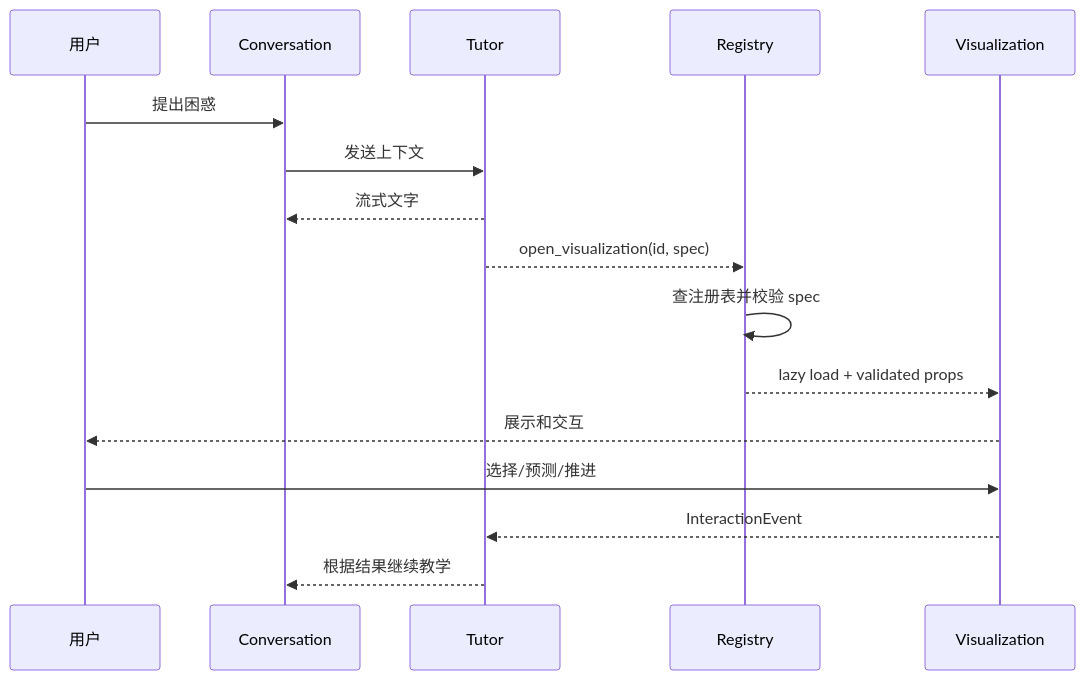
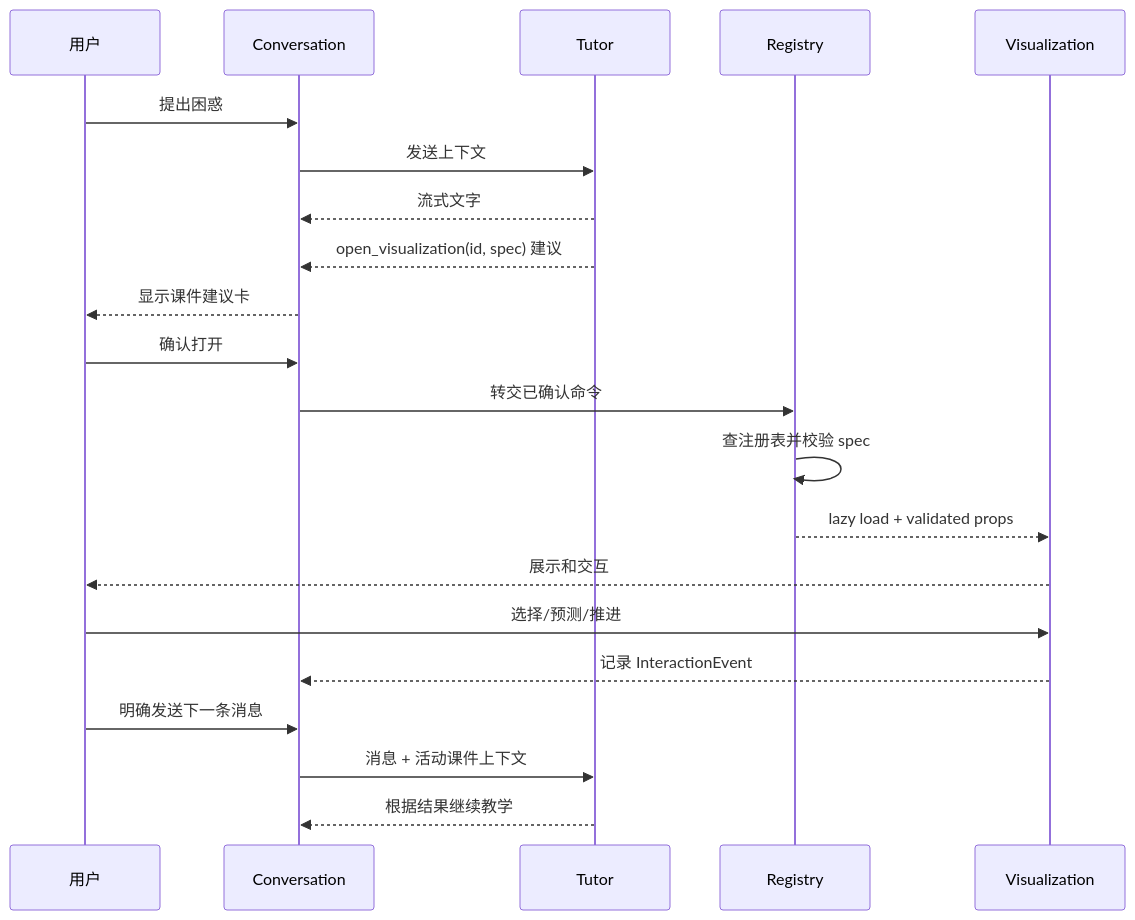
Before and after one commit to umico8832/AiStu: the second of 2 diagrams in docs/ARCHITECTURE.md, drawn with Mermaid. The commit also changed other lines of this file and 6 other files, not shown here.

````diff
--- a/docs/ARCHITECTURE.md
+++ b/docs/ARCHITECTURE.md
@@ -262,19 +298,24 @@
 ```mermaid
 sequenceDiagram
     participant U as 用户
     participant C as Conversation
     participant T as Tutor
     participant G as Registry
     participant V as Visualization
 
     U->>C: 提出困惑
     C->>T: 发送上下文
     T-->>C: 流式文字
-    T-->>G: open_visualization(id, spec)
+    T-->>C: open_visualization(id, spec) 建议
+    C-->>U: 显示课件建议卡
+    U->>C: 确认打开
+    C->>G: 转交已确认命令
     G->>G: 查注册表并校验 spec
     G-->>V: lazy load + validated props
     V-->>U: 展示和交互
     U->>V: 选择/预测/推进
-    V-->>T: InteractionEvent
+    V-->>C: 记录 InteractionEvent
+    U->>C: 明确发送下一条消息
+    C->>T: 消息 + 活动课件上下文
     T-->>C: 根据结果继续教学
 ```
````
